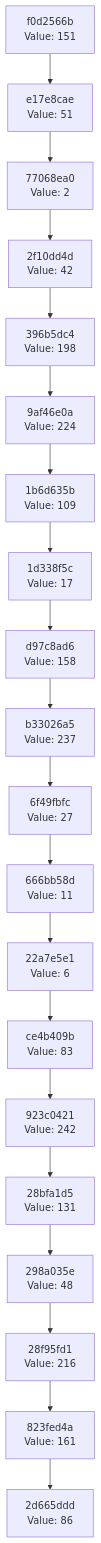
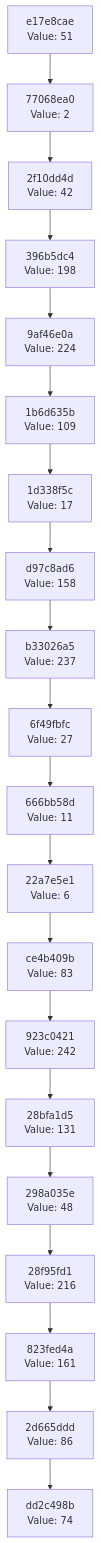
The diagram in docs/CHAIN_VISUALIZATION.md (Abhisheksinha1506/hash-chain-evolver), drawn with Mermaid before and after one commit. The commit also changed 2 other files, not shown here.

Commit message:
Evolution step: hash 0x4A → action executed

````diff
--- a/docs/CHAIN_VISUALIZATION.md
+++ b/docs/CHAIN_VISUALIZATION.md
@@ -3,42 +3,42 @@
 ```mermaid
 graph TD
-    C0["2d665ddd<br/>Value: 86"]
-    C1["823fed4a<br/>Value: 161"]
+    C0["dd2c498b<br/>Value: 74"]
+    C1["2d665ddd<br/>Value: 86"]
     C1 --> C0
-    C2["28f95fd1<br/>Value: 216"]
+    C2["823fed4a<br/>Value: 161"]
     C2 --> C1
-    C3["298a035e<br/>Value: 48"]
+    C3["28f95fd1<br/>Value: 216"]
     C3 --> C2
-    C4["28bfa1d5<br/>Value: 131"]
+    C4["298a035e<br/>Value: 48"]
     C4 --> C3
-    C5["923c0421<br/>Value: 242"]
+    C5["28bfa1d5<br/>Value: 131"]
     C5 --> C4
-    C6["ce4b409b<br/>Value: 83"]
+    C6["923c0421<br/>Value: 242"]
     C6 --> C5
-    C7["22a7e5e1<br/>Value: 6"]
+    C7["ce4b409b<br/>Value: 83"]
     C7 --> C6
-    C8["666bb58d<br/>Value: 11"]
+    C8["22a7e5e1<br/>Value: 6"]
     C8 --> C7
-    C9["6f49fbfc<br/>Value: 27"]
+    C9["666bb58d<br/>Value: 11"]
     C9 --> C8
-    C10["b33026a5<br/>Value: 237"]
+    C10["6f49fbfc<br/>Value: 27"]
     C10 --> C9
-    C11["d97c8ad6<br/>Value: 158"]
+    C11["b33026a5<br/>Value: 237"]
     C11 --> C10
-    C12["1d338f5c<br/>Value: 17"]
+    C12["d97c8ad6<br/>Value: 158"]
     C12 --> C11
-    C13["1b6d635b<br/>Value: 109"]
+    C13["1d338f5c<br/>Value: 17"]
     C13 --> C12
-    C14["9af46e0a<br/>Value: 224"]
+    C14["1b6d635b<br/>Value: 109"]
     C14 --> C13
-    C15["396b5dc4<br/>Value: 198"]
+    C15["9af46e0a<br/>Value: 224"]
     C15 --> C14
-    C16["2f10dd4d<br/>Value: 42"]
+    C16["396b5dc4<br/>Value: 198"]
     C16 --> C15
-    C17["77068ea0<br/>Value: 2"]
+    C17["2f10dd4d<br/>Value: 42"]
     C17 --> C16
-    C18["e17e8cae<br/>Value: 51"]
+    C18["77068ea0<br/>Value: 2"]
     C18 --> C17
-    C19["f0d2566b<br/>Value: 151"]
+    C19["e17e8cae<br/>Value: 51"]
     C19 --> C18
 ```
````
